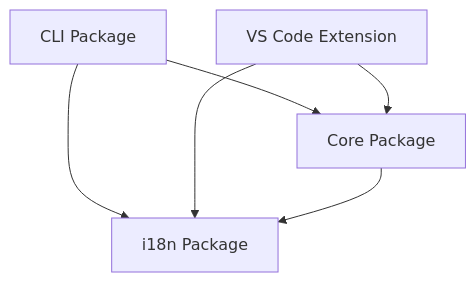
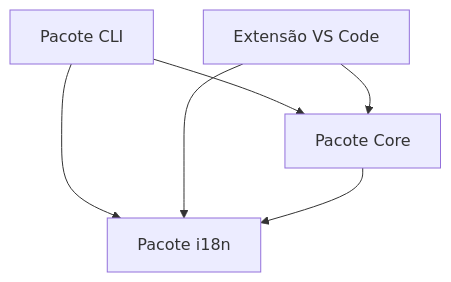
The first of 2 diagrams in docs/pt-BR/ARCHITECTURE.md (YagoBorba/StackCode), drawn with Mermaid before and after one commit. The commit also changed other lines of this file and 2 other files, not shown here.

First line of the commit message:
📝 docs: update architecture documentation for workflow modularization

````diff
--- a/docs/pt-BR/ARCHITECTURE.md
+++ b/docs/pt-BR/ARCHITECTURE.md
@@ -477,8 +182,8 @@
 ```mermaid
 graph TD
-    A[CLI Package] --> C[Core Package]
-    A --> D[i18n Package]
-    B[VS Code Extension] --> C
+    A[Pacote CLI] --> C[Pacote Core]
+    A --> D[Pacote i18n]
+    B[Extensão VS Code] --> C
     B --> D
     C --> D
 ```
````
